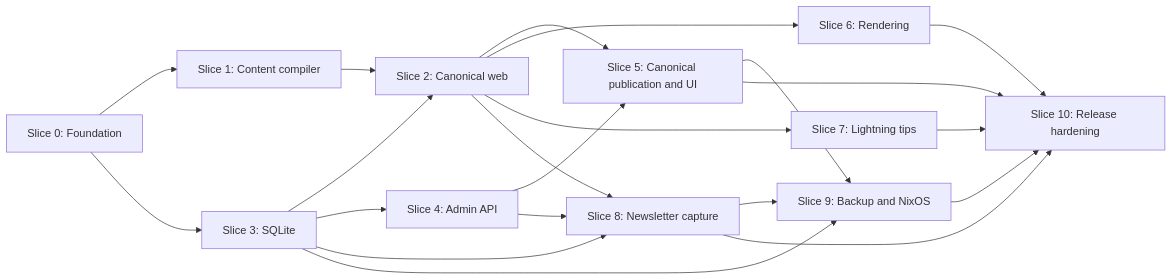
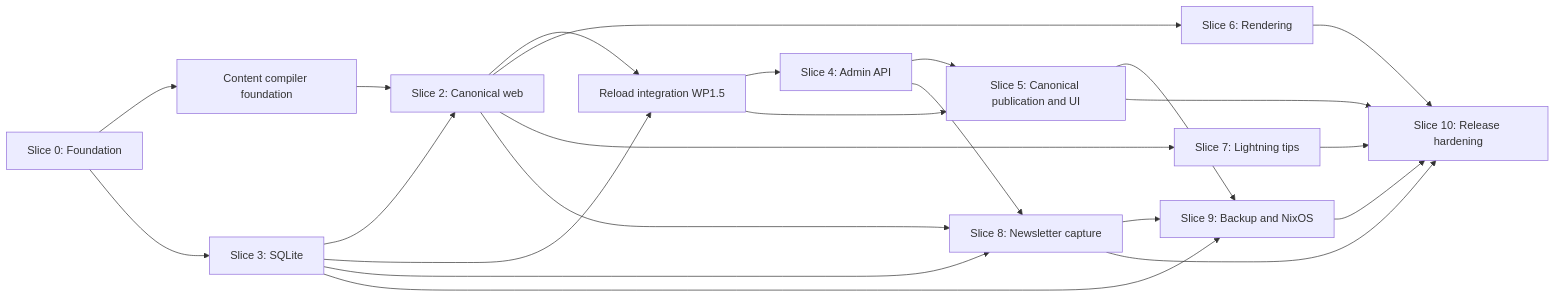
The first of 3 diagrams in IMPLEMENTATION.md (tee8z/maincopy), drawn with Mermaid before and after one commit. The commit also changed other lines of this file and 9 other files, not shown here.

````diff
--- a/IMPLEMENTATION.md
+++ b/IMPLEMENTATION.md
@@ -174,23 +174,25 @@
 ```mermaid
 flowchart LR
-    S0[Slice 0: Foundation] --> S1[Slice 1: Content compiler]
+    S0[Slice 0: Foundation] --> S1F[Content compiler foundation]
     S0 --> S3[Slice 3: SQLite]
-    S1 --> S2[Slice 2: Canonical web]
+    S1F --> S2[Slice 2: Canonical web]
     S3 --> S2
-    S3 --> S4[Slice 4: Admin API]
-    S2 --> S5[Slice 5: Canonical publication and UI]
+    S2 --> RI[Reload integration WP1.5]
+    S3 --> RI
+    RI --> S4[Slice 4: Admin API]
+    RI --> S5[Slice 5: Canonical publication and UI]
     S4 --> S5
     S2 --> S6[Slice 6: Rendering]
     S2 --> S7[Slice 7: Lightning tips]
     S2 --> S8[Slice 8: Newsletter capture]
     S3 --> S8
     S4 --> S8
     S3 --> S9[Slice 9: Backup and NixOS]
     S5 --> S9
     S8 --> S9
     S5 --> S10[Slice 10: Release hardening]
     S6 --> S10
     S7 --> S10
     S8 --> S10
     S9 --> S10
 ```
````
